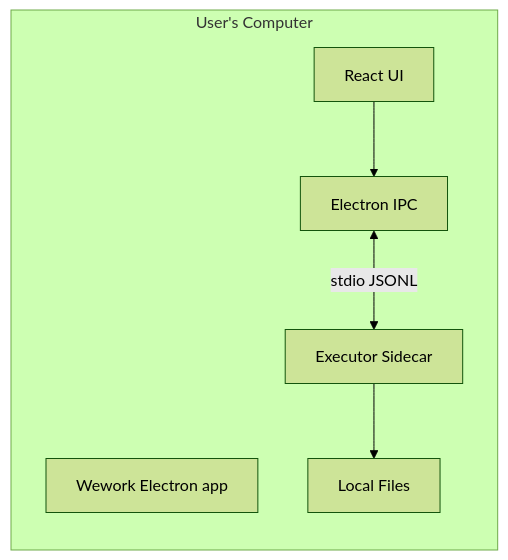
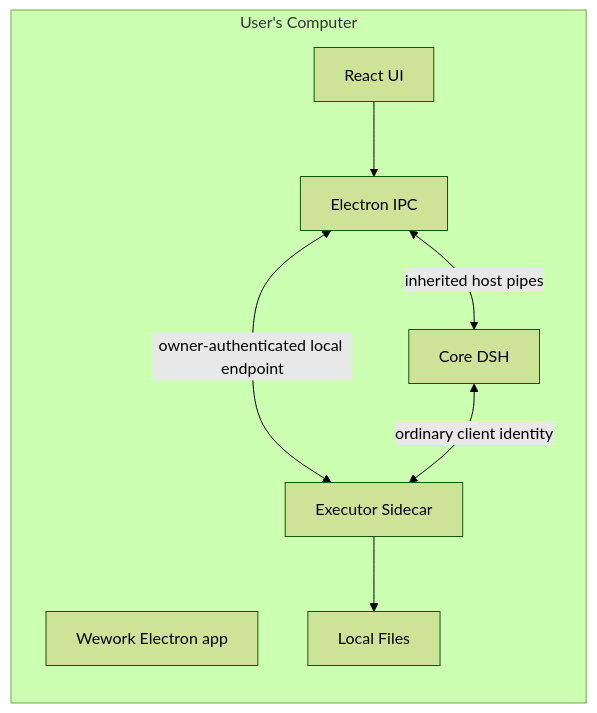
Before and after one commit to wecode-ai/wegent-docs: the second of 8 diagrams in docs/wegent/developer-guide/local-device-architecture.md, drawn with Mermaid (forest theme). The commit also changed other lines of this file and 1 other file, not shown here.

````diff
--- a/docs/wegent/developer-guide/local-device-architecture.md
+++ b/docs/wegent/developer-guide/local-device-architecture.md
@@ -43,14 +43,17 @@
 ```mermaid
 flowchart LR
     subgraph "User's Computer"
         APP["Wework Electron app"]
         UI["React UI"]
         ELECTRON["Electron IPC"]
         EX["Executor Sidecar"]
+        DSH["Core DSH"]
         FS["Local Files"]
     end
 
     UI --> ELECTRON
-    ELECTRON <-->|"stdio JSONL"| EX
+    ELECTRON <-->|"owner-authenticated local endpoint"| EX
+    ELECTRON <-->|"inherited host pipes"| DSH
+    DSH <-->|"ordinary client identity"| EX
     EX --> FS
 ```
````
